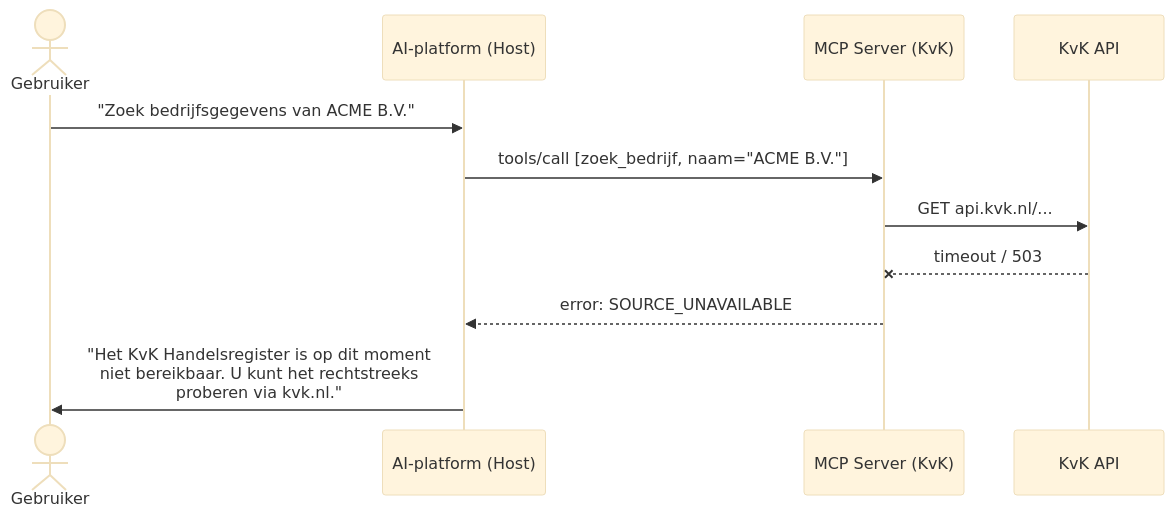
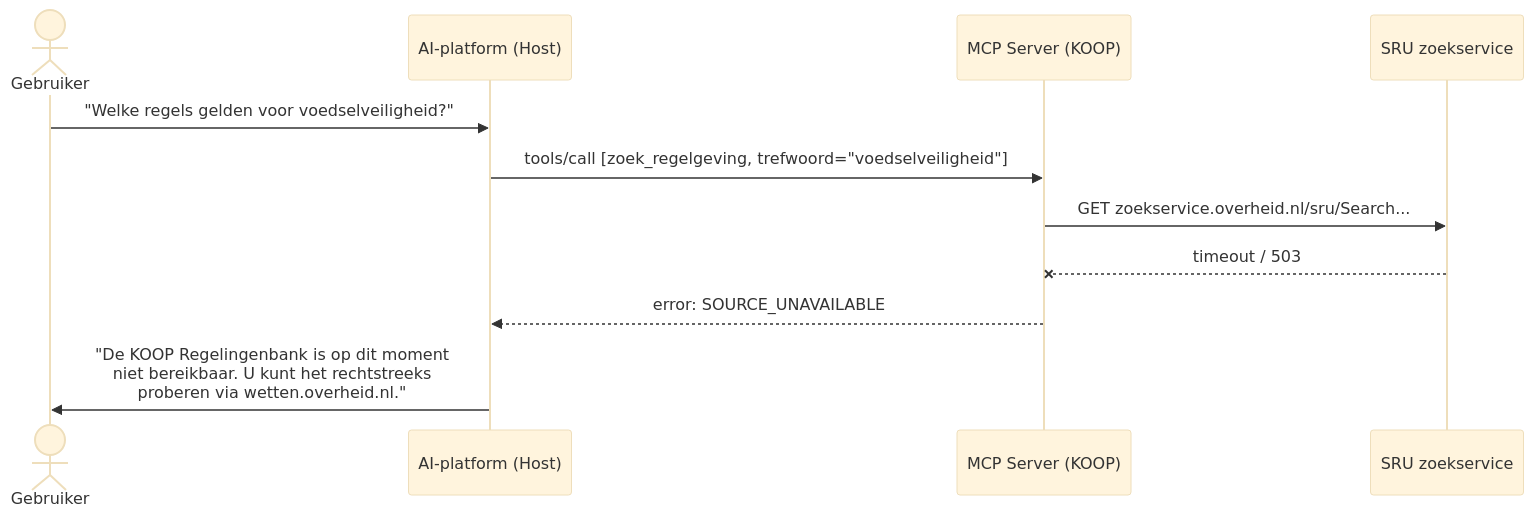
Before and after one commit to MinBZK/poc-moza: the fifth of 5 diagrams in mcp/README.md, drawn with Mermaid (base theme). The commit also changed other lines of this file and 5 other files, not shown here.

Commit message:
feat: add regelrecht mcp + test-data instead of KVK-API

````diff
--- a/mcp/README.md
+++ b/mcp/README.md
@@ -184,14 +171,14 @@
 ```mermaid
 sequenceDiagram
     actor Gebruiker
     participant Host as AI-platform (Host)
-    participant KvK as MCP Server (KvK)
-    participant API as KvK API
+    participant KOOP as MCP Server (KOOP)
+    participant SRU as SRU zoekservice
 
-    Gebruiker->>Host: "Zoek bedrijfsgegevens van ACME B.V."
-    Host->>KvK: tools/call [zoek_bedrijf, naam="ACME B.V."]
-    KvK->>API: GET api.kvk.nl/...
-    API--xKvK: timeout / 503
-    KvK-->>Host: error: SOURCE_UNAVAILABLE
-    Host->>Gebruiker: "Het KvK Handelsregister is op dit moment<br/>niet bereikbaar. U kunt het rechtstreeks<br/>proberen via kvk.nl."
+    Gebruiker->>Host: "Welke regels gelden voor voedselveiligheid?"
+    Host->>KOOP: tools/call [zoek_regelgeving, trefwoord="voedselveiligheid"]
+    KOOP->>SRU: GET zoekservice.overheid.nl/sru/Search...
+    SRU--xKOOP: timeout / 503
+    KOOP-->>Host: error: SOURCE_UNAVAILABLE
+    Host->>Gebruiker: "De KOOP Regelingenbank is op dit moment<br/>niet bereikbaar. U kunt het rechtstreeks<br/>proberen via wetten.overheid.nl."
 ```
````
